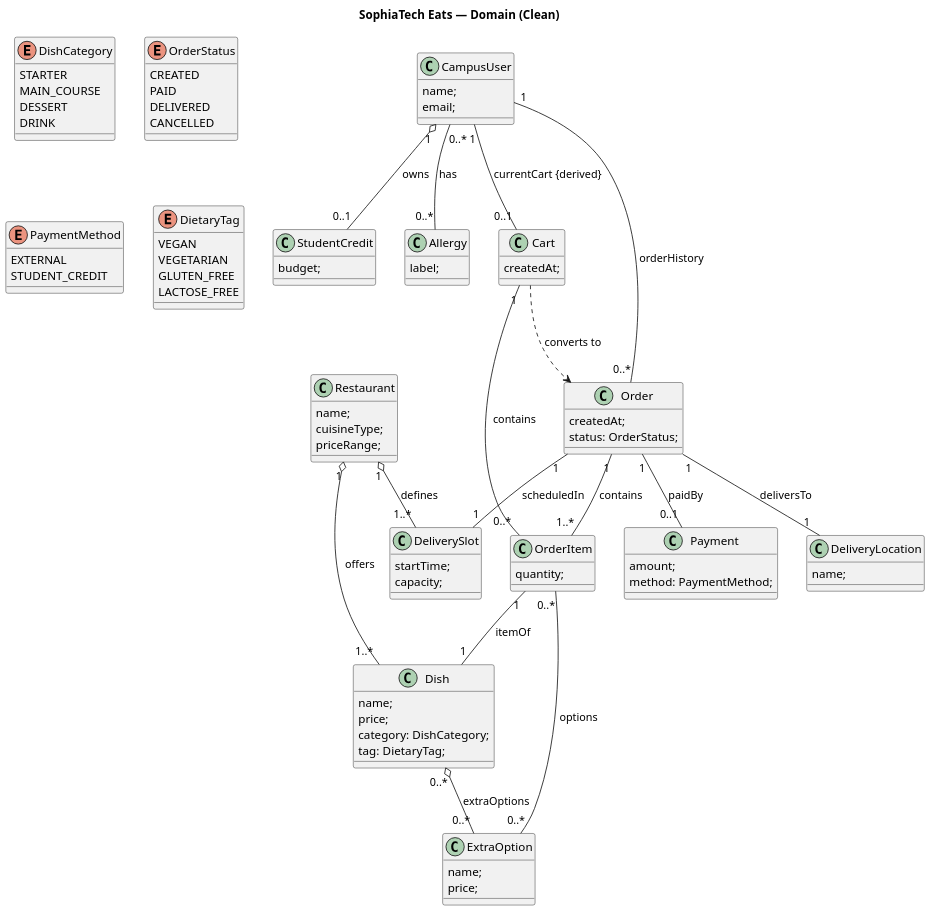
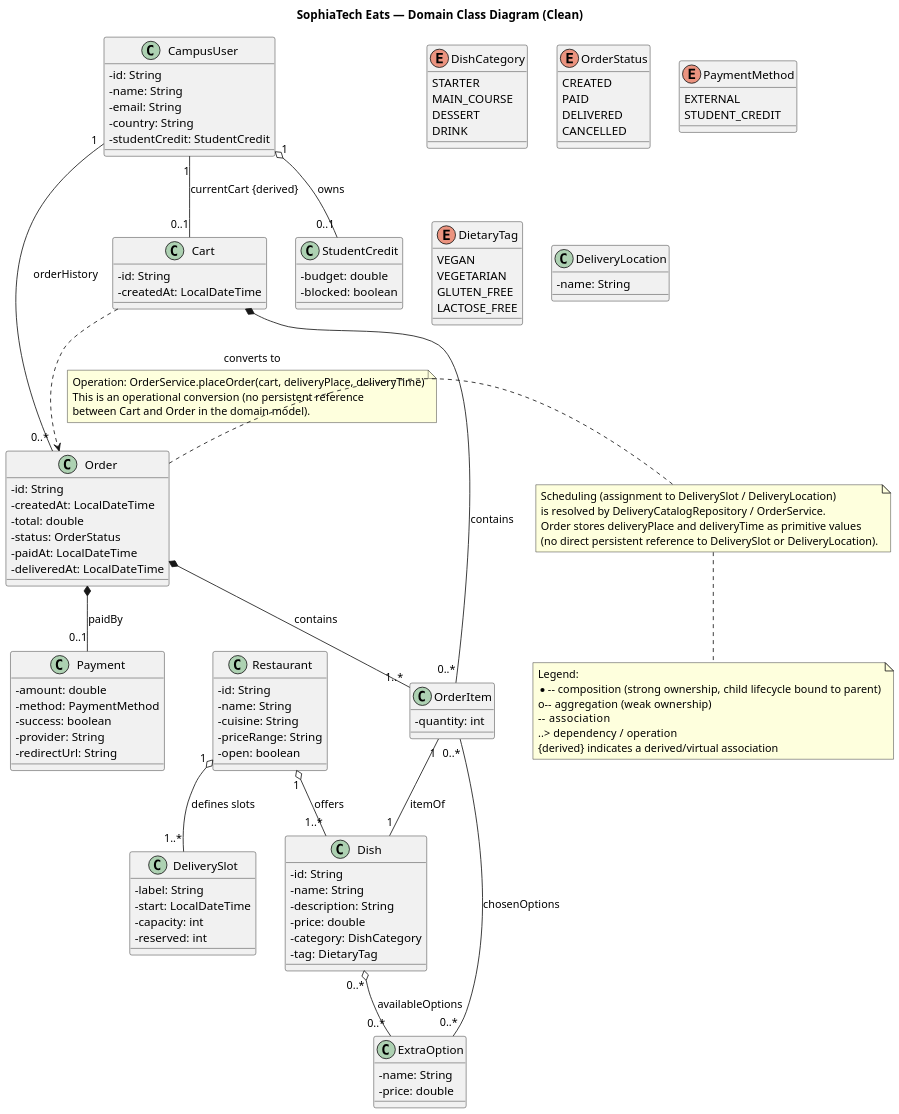
Before and after one commit to StefanB07/SophiaEats: the diagram in diagramsA2/CleanClassDiagram.puml, drawn with PlantUML. The commit also changed 1 other file, not shown here.

Commit message:
Package and Clean Class Diagram

```diff
--- a/diagramsA2/CleanClassDiagram.puml
+++ b/diagramsA2/CleanClassDiagram.puml
@@ -1,122 +1,147 @@
 @startuml
-Title SophiaTech Eats — Domain (Clean)
-
+title SophiaTech Eats — Domain Class Diagram (Clean)
 
 skinparam classAttributeIconSize 0
+skinparam dpi 140
 skinparam shadowing false
-skinparam dpi 140
 
-
-' ==== Enums (as in code) ====
+' ==== Enums ====
 enum DishCategory {
-  STARTER
-  MAIN_COURSE
-  DESSERT
-  DRINK
+STARTER
+MAIN_COURSE
+DESSERT
+DRINK
+}
+enum OrderStatus {
+CREATED
+PAID
+DELIVERED
+CANCELLED
+}
+enum PaymentMethod {
+EXTERNAL
+STUDENT_CREDIT
+}
+enum DietaryTag {
+VEGAN
+VEGETARIAN
+GLUTEN_FREE
+LACTOSE_FREE
 }
 
-enum OrderStatus {
-  CREATED
-  PAID
-  DELIVERED
-  CANCELLED
+' ==== Core domain only essential attributes ====
+class CampusUser {
+  - id: String
+  - name: String
+  - email: String
+  - country: String
+  - studentCredit: StudentCredit
+}
+class StudentCredit {
+ - budget: double
+ - blocked: boolean
 }
 
-enum PaymentMethod {
-  EXTERNAL
-  STUDENT_CREDIT
+class Cart {
+- id: String
+- createdAt: LocalDateTime
 }
 
-enum DietaryTag {
-    VEGAN
-    VEGETARIAN
-    GLUTEN_FREE
-    LACTOSE_FREE
+class Order {
+  - id: String
+  - createdAt: LocalDateTime
+  - total: double
+  - status: OrderStatus
+  - paidAt: LocalDateTime
+  - deliveredAt: LocalDateTime
 }
 
-
-' ==== Core domain ====
-class CampusUser {
-  name;
-  email;
-}
-class StudentCredit {
-  budget;
-}
-class Allergy {
-  label;
+class OrderItem {
+- quantity: int
 }
 
-
-class Cart {
-  createdAt;
-}
-class Order {
-  createdAt;
-  status: OrderStatus;
-}
-class OrderItem {
-  quantity;
-}
 class Payment {
-  amount;
-  method: PaymentMethod;
+  - amount: double
+  - method: PaymentMethod
+  - success: boolean
+  - provider: String
+  - redirectUrl: String
 }
 
-
 class Restaurant {
-  name;
-  cuisineType;
-  priceRange;
-}
-class DeliverySlot {
-  startTime;
-  capacity;
-}
-class DeliveryLocation {
-  name;
+  - id: String
+  - name: String
+  - cuisine: String
+  - priceRange: String
+  - open: boolean
 }
 
+class DeliverySlot {
+  - label: String
+  - start: LocalDateTime
+  - capacity: int
+  - reserved: int
+}
+
+class DeliveryLocation {
+- name: String
+}
 
 class Dish {
-  name;
-  price;
-  category: DishCategory;
-  tag: DietaryTag;
+  - id: String
+  - name: String
+  - description: String
+  - price: double
+  - category: DishCategory
+  - tag: DietaryTag
 }
 class ExtraOption {
-  name;
-  price;
+- name: String
+- price: double
 }
-
 
 ' ==== Associations (clean) ====
 CampusUser "1" o-- "0..1" StudentCredit : owns
-CampusUser "0..*" -- "0..*" Allergy : has
-
-
-' Show the **current cart** as a derived association (even if stored in session/repo)
+CampusUser "1" -- "0..*" Order : orderHistory
 CampusUser "1" -- "0..1" Cart : currentCart {derived}
 
+' Use composition for owned child elements (strong lifecycle relationship)
+Cart *-- "0..*" OrderItem : contains
+Cart ..> Order : converts to
+note on link
+  Operation: OrderService.placeOrder(cart, deliveryPlace, deliveryTime)
+  This is an operational conversion (no persistent reference
+  between Cart and Order in the domain model).
+end note
 
-Cart "1" -- "0..*" OrderItem : contains
-Cart ..> Order : converts to
+Order *-- "1..*" OrderItem : contains
+Order *-- "0..1" Payment : paidBy
 
+' Scheduling is resolved by services / repository; Order stores deliveryPlace/time as values
+note right of Order
+  Scheduling (assignment to DeliverySlot / DeliveryLocation)
+  is resolved by DeliveryCatalogRepository / OrderService.
+  Order stores deliveryPlace and deliveryTime as primitive values
+  (no direct persistent reference to DeliverySlot or DeliveryLocation).
+end note
 
-CampusUser "1" -- "0..*" Order : orderHistory
-Order "1" -- "1..*" OrderItem : contains
+' (removed direct associations Order -> DeliverySlot / DeliveryLocation to reflect code)
+
 OrderItem "1" -- "1" Dish : itemOf
-OrderItem "0..*" -- "0..*" ExtraOption : options
-Order "1" -- "0..1" Payment : paidBy
+OrderItem "0..*" -- "0..*" ExtraOption : chosenOptions
 
+Restaurant "1" o-- "1..*" DeliverySlot : defines slots
+Restaurant "1" o-- "1..*" Dish : offers
 
-Restaurant "1" o-- "1..*" Dish : offers
-Restaurant "1" o-- "1..*" DeliverySlot : defines
+Dish "0..*" o-- "0..*" ExtraOption : availableOptions
 
-
-Order "1" -- "1" DeliverySlot : scheduledIn
-Order "1" -- "1" DeliveryLocation : deliversTo
-
-Dish "0..*" o-- "0..*" ExtraOption : extraOptions
+note bottom
+  Legend:
+  *--  composition (strong ownership, child lifecycle bound to parent)
+  o--  aggregation (weak ownership)
+  --   association
+  ..>  dependency / operation
+  {derived} indicates a derived/virtual association
+end note
 
 @enduml
```
